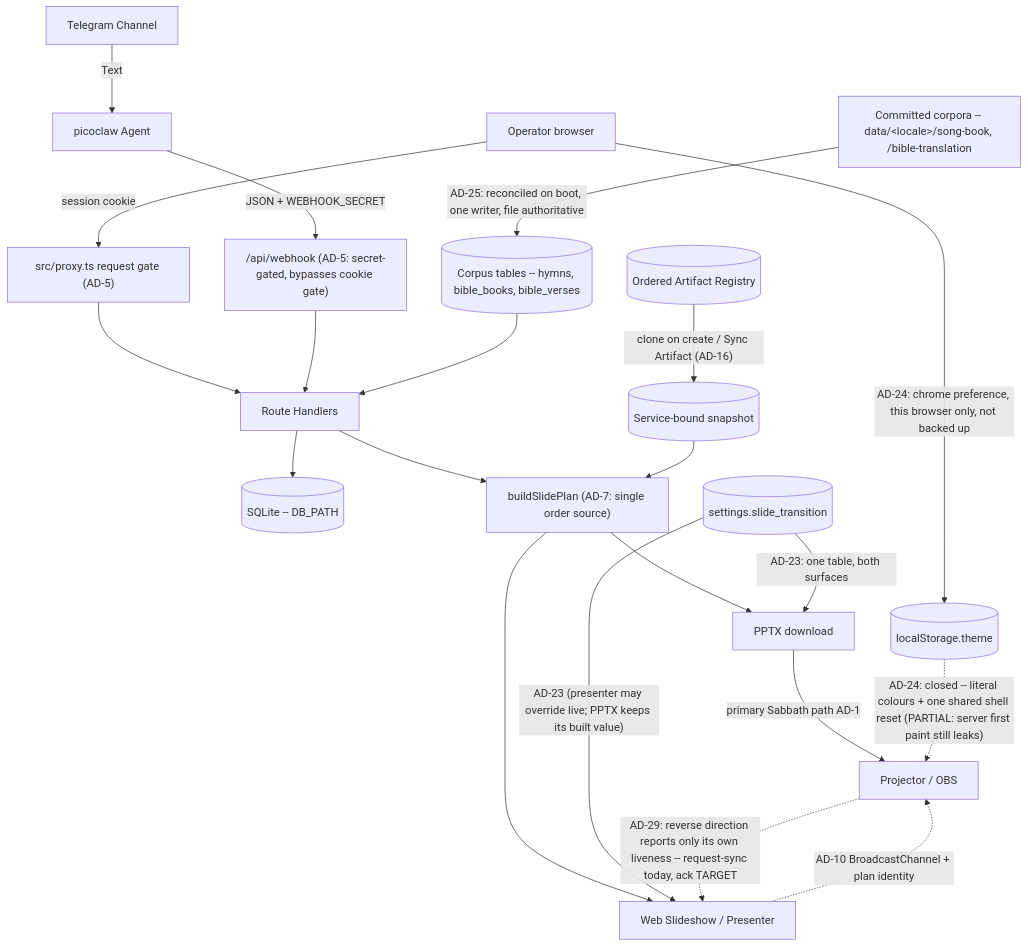
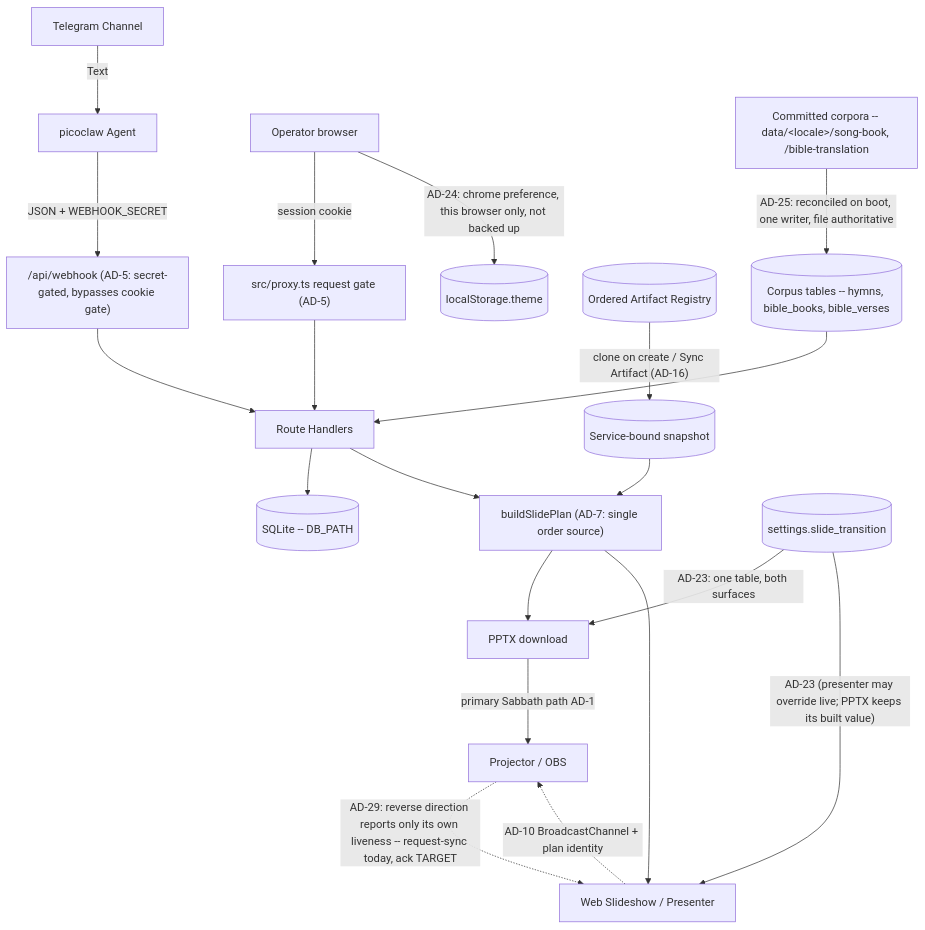
Before and after one commit to wiradigitalid/worship-presenter-web: the first of 2 diagrams in _bmad-output/planning-artifacts/architecture/architecture-bic-pptx-workflow-2026-07-10/ARCHITECTURE-SPINE.md, drawn with Mermaid. The commit also changed other lines of this file and 55 other files, not shown here.

````diff
--- a/_bmad-output/planning-artifacts/architecture/architecture-bic-pptx-workflow-2026-07-10/ARCHITECTURE-SPINE.md
+++ b/_bmad-output/planning-artifacts/architecture/architecture-bic-pptx-workflow-2026-07-10/ARCHITECTURE-SPINE.md
@@ -283,23 +283,22 @@
 ```mermaid
 graph TD
     Telegram[Telegram Channel] -->|Text| Picoclaw[picoclaw Agent]
     Picoclaw -->|JSON + WEBHOOK_SECRET| Webhook["/api/webhook (AD-5: secret-gated, bypasses cookie gate)"]
     Operator[Operator browser] -->|session cookie| Gate["src/proxy.ts request gate (AD-5)"]
     Gate --> API[Route Handlers]
     Webhook --> API
     API --> DB[(SQLite -- DB_PATH)]
     CorpusFiles["Committed corpora -- data/&lt;locale&gt;/song-book, /bible-translation"] -->|"AD-25: reconciled on boot, one writer, file authoritative"| Corpus[(Corpus tables -- hymns, bible_books, bible_verses)]
     Corpus --> API
     API --> Plan["buildSlidePlan (AD-7: single order source)"]
     Registry[(Ordered Artifact Registry)] -->|"clone on create / Sync Artifact (AD-16)"| Snap[(Service-bound snapshot)]
     Snap --> Plan
     Plan --> PPTX[PPTX download]
     Plan --> WebShow[Web Slideshow / Presenter]
     Settings[(settings.slide_transition)] -->|"AD-23: one table, both surfaces"| PPTX
     Settings -->|"AD-23 (presenter may override live; PPTX keeps its built value)"| WebShow
     PPTX -->|primary Sabbath path AD-1| Projector[Projector / OBS]
     WebShow -.->|"AD-10 BroadcastChannel + plan identity"| Projector
     Projector -.->|"AD-29: reverse direction reports only its own liveness -- request-sync today, ack TARGET"| WebShow
     Operator -->|"AD-24: chrome preference, this browser only, not backed up"| Theme[("localStorage.theme")]
-    Theme -.->|"AD-24: closed -- literal colours + one shared shell reset (PARTIAL: server first paint still leaks)"| Projector
 ```
````
